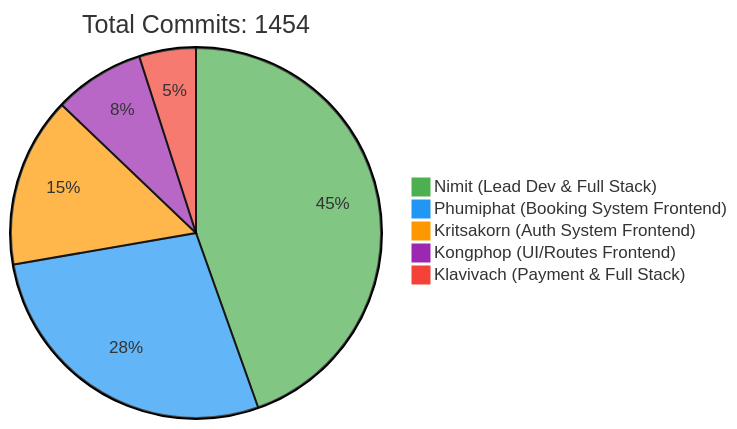
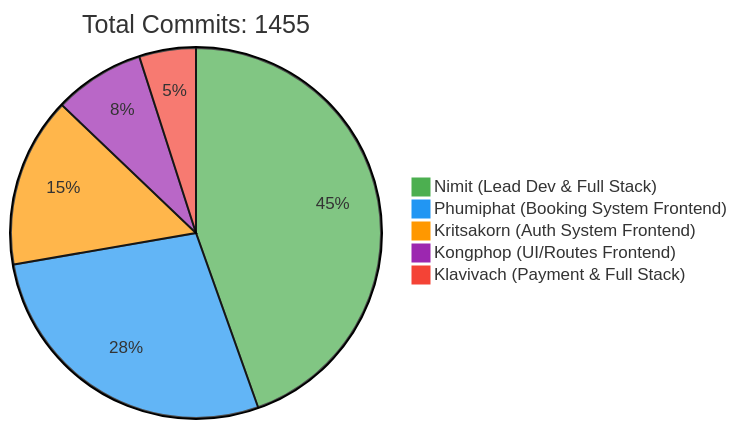
The first of 2 diagrams in README.md (6531503042/Sport-Complex), drawn with Mermaid before and after one commit. The commit also changed other lines of this file, not shown here.

Commit message:
docs: Update contributor statistics [skip ci]

````diff
--- a/README.md
+++ b/README.md
@@ -257,10 +257,10 @@
 ```mermaid
 %%{init: {'theme': 'base', 'themeVariables': { 'pie1': '#4CAF50', 'pie2': '#2196F3', 'pie3': '#FF9800', 'pie4': '#9C27B0', 'pie5': '#F44336'}}}%%
 pie
-    title Total Commits: 1454
+    title Total Commits: 1455
     "Nimit (Lead Dev & Full Stack)" : 450
     "Phumiphat (Booking System Frontend)" : 280
     "Kritsakorn (Auth System Frontend)" : 150
     "Kongphop (UI/Routes Frontend)" : 80
     "Klavivach (Payment & Full Stack)" : 50
 ```
````
